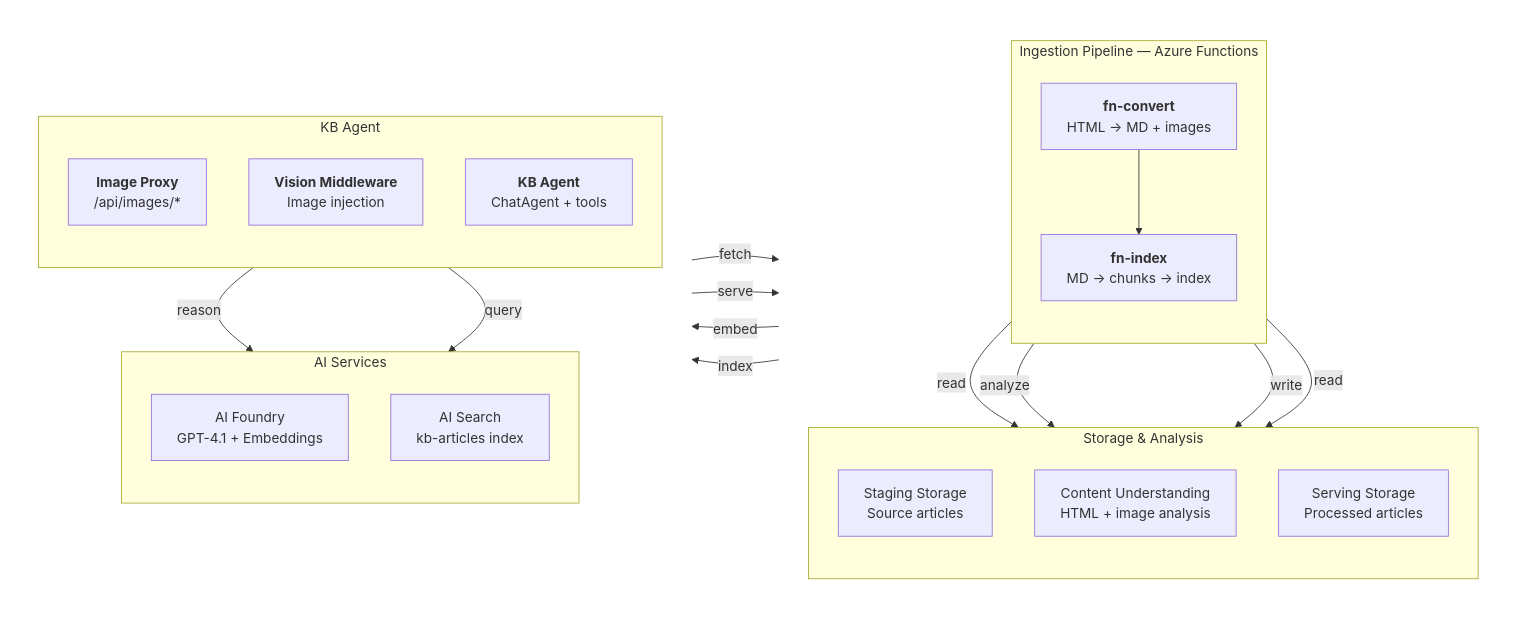
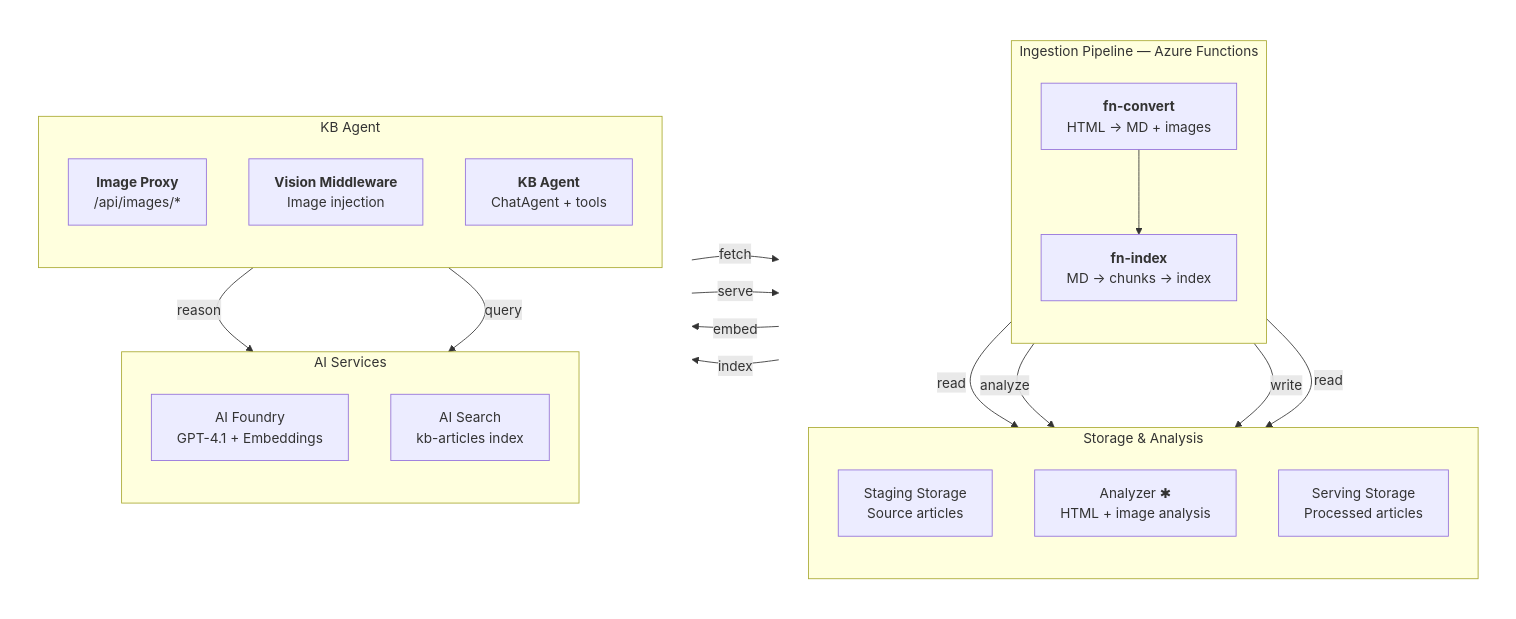
One commit to aldelar/azure-knowledge-base-ingestion changed the second of 3 diagrams in docs/specs/architecture.md. Above: the diagram before and after it, drawn with Mermaid. The commit also changed other lines of this file and 58 other files, not shown here.

````diff
--- a/docs/specs/architecture.md
+++ b/docs/specs/architecture.md
@@ -66,51 +73,51 @@
 ```mermaid
 flowchart LR
     subgraph left[" "]
         direction TB
         subgraph Pipeline["Ingestion Pipeline — Azure Functions"]
             direction TB
             CONV["<b>fn-convert</b><br/>HTML → MD + images"]
             IDX["<b>fn-index</b><br/>MD → chunks → index"]
             CONV --> IDX
         end
         subgraph Sources["Storage & Analysis"]
             direction TB
             SA1["Staging Storage<br/>Source articles"]
-            CU["Content Understanding<br/>HTML + image analysis"]
+            AN["Analyzer ✱<br/>HTML + image analysis"]
             SA2["Serving Storage<br/>Processed articles"]
         end
     end
 
     subgraph right[" "]
         direction TB
         subgraph Center["AI Services"]
             direction TB
             AF["AI Foundry<br/>GPT-4.1 + Embeddings"]
             AIS["AI Search<br/>kb-articles index"]
         end
         subgraph App["KB Agent"]
             direction TB
             PROXY["<b>Image Proxy</b><br/>/api/images/*"]
             VIS["<b>Vision Middleware</b><br/>Image injection"]
             AGENT["<b>KB Agent</b><br/>ChatAgent + tools"]
             
         end
     end
 
     CONV -->|read| SA1
-    CONV -->|analyze| CU
+    CONV -->|analyze| AN
     CONV -->|write| SA2
     IDX -->|read| SA2
 
     IDX -->|embed| AF
     IDX -->|index| AIS
 
     AGENT -->|reason| AF
     AGENT -->|query| AIS
 
     VIS -->|fetch| SA2
     PROXY -->|serve| SA2
 
     classDef invisible fill:none,stroke:none;
     class left,right invisible;
 ```
````
